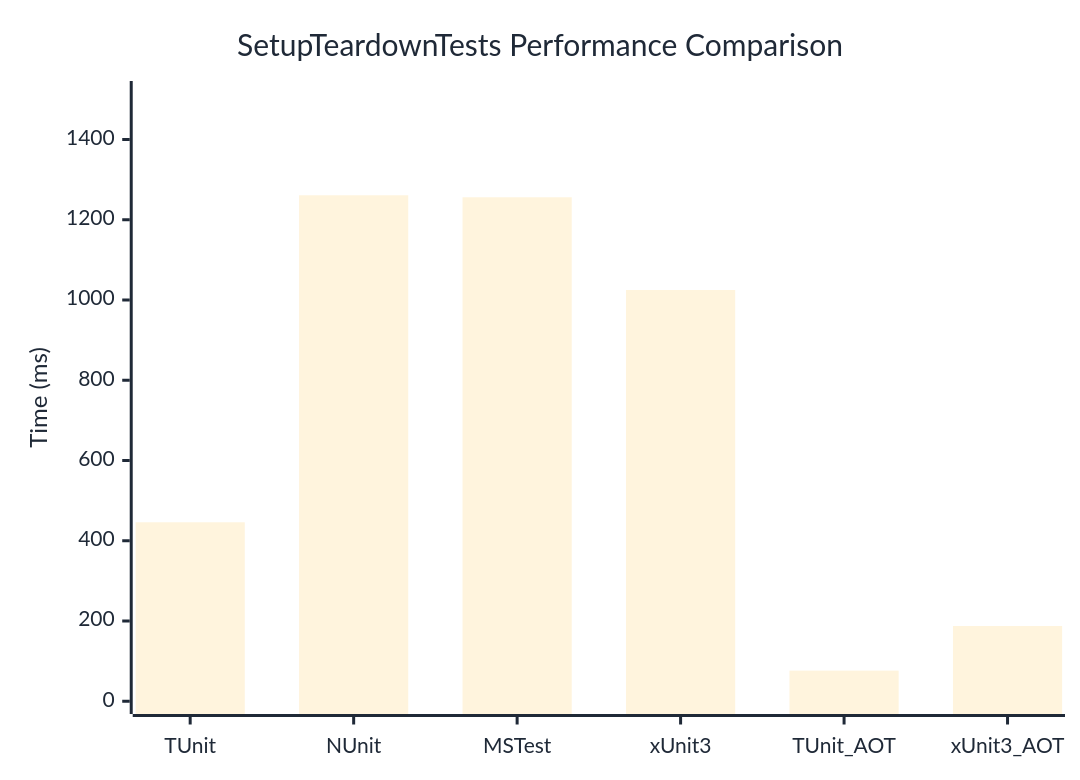
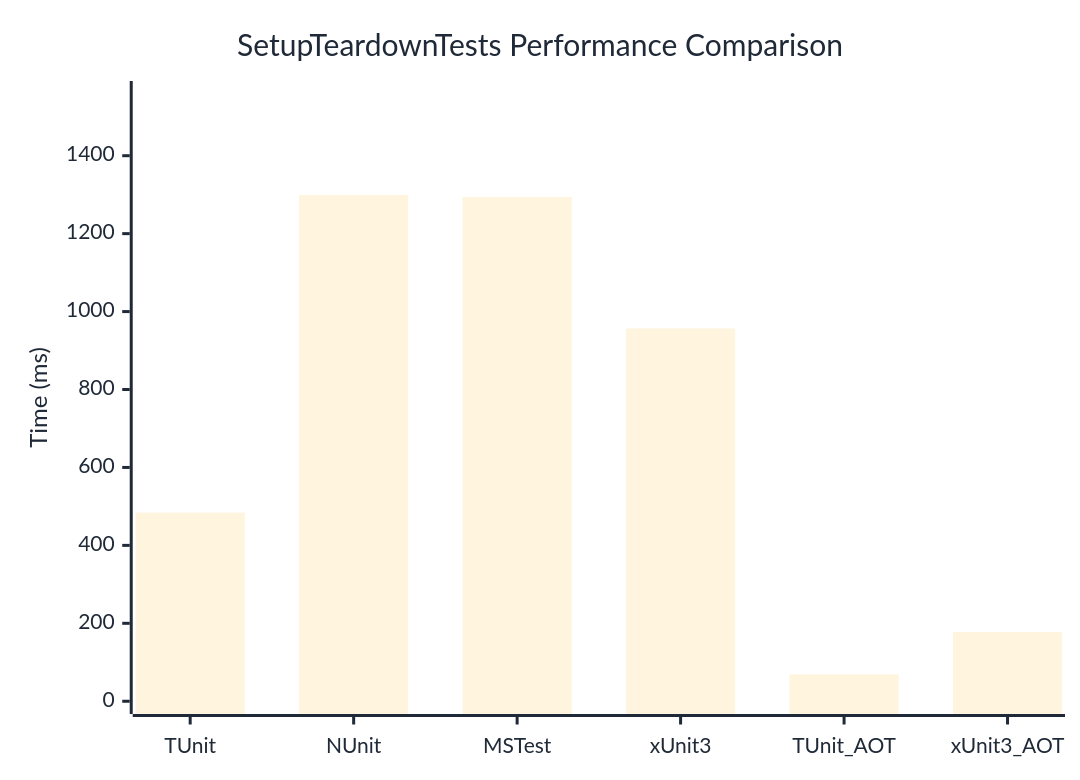
The diagram in docs/docs/benchmarks/engine/SetupTeardownTests.md (thomhurst/TUnit), drawn with Mermaid before and after one commit. The commit also changed other lines of this file and 18 other files, not shown here.

````diff
--- a/docs/docs/benchmarks/engine/SetupTeardownTests.md
+++ b/docs/docs/benchmarks/engine/SetupTeardownTests.md
@@ -30,37 +30,37 @@
 ```mermaid
 %%{init: {
   'theme':'base',
   'themeVariables': {
     'primaryColor': '#2563eb',
     'primaryTextColor': '#1f2937',
     'primaryBorderColor': '#1e40af',
     'lineColor': '#6b7280',
     'secondaryColor': '#7c3aed',
     'tertiaryColor': '#dc2626',
     'background': '#ffffff',
     'mainBkg': '#2563eb',
     'secondBkg': '#7c3aed',
     'tertiaryBkg': '#dc2626',
     'clusterBkg': '#f3f4f6',
     'edgeLabelBackground': '#ffffff',
     'tertiaryTextColor': '#1f2937',
     'pie1': '#2563eb',
     'pie2': '#7c3aed',
     'pie3': '#dc2626',
     'pie4': '#f59e0b',
     'pie5': '#10b981',
     'pie6': '#06b6d4',
     'pie7': '#ec4899',
     'pie8': '#6366f1',
     'pie9': '#84cc16',
     'pie10': '#f97316',
     'pie11': '#14b8a6',
     'pie12': '#a855f7'
   }
 }}%%
 xychart-beta
   title "SetupTeardownTests Performance Comparison"
   x-axis ["TUnit", "NUnit", "MSTest", "xUnit3", "TUnit_AOT", "xUnit3_AOT"]
-  y-axis "Time (ms)" 0 --> 1514
-  bar [446.02, 1260.98, 1256, 1024.87, 76.32, 187.51]
+  y-axis "Time (ms)" 0 --> 1559
+  bar [484.28, 1298.87, 1294.22, 956.63, 68.84, 177.81]
 ```
````
